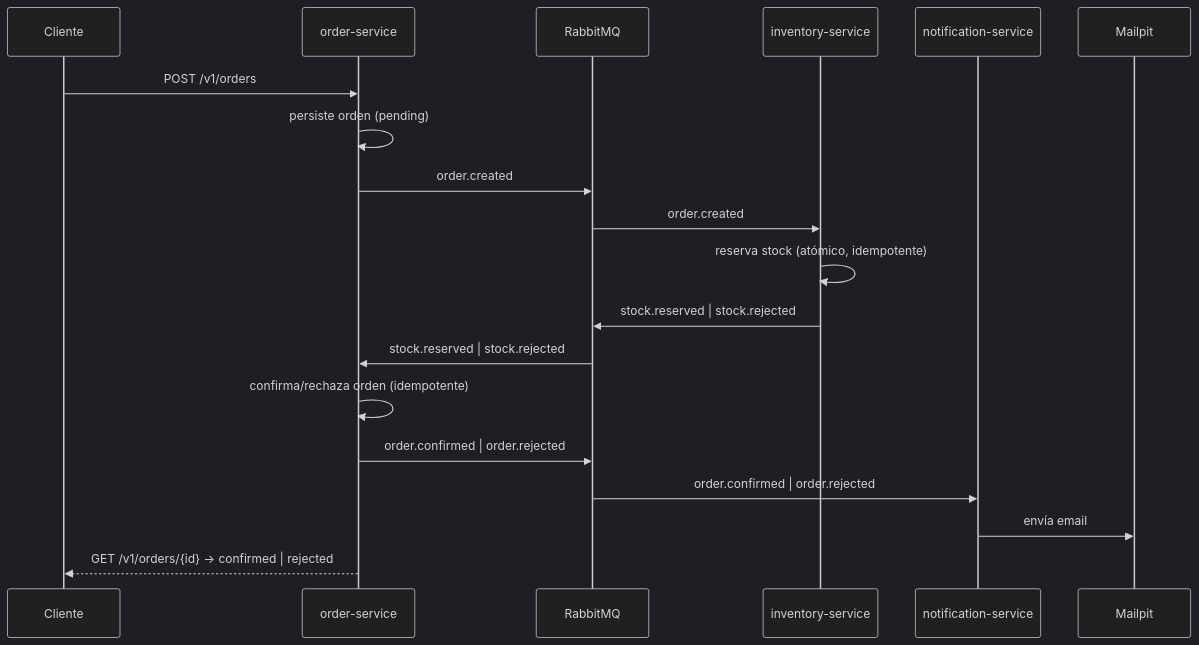
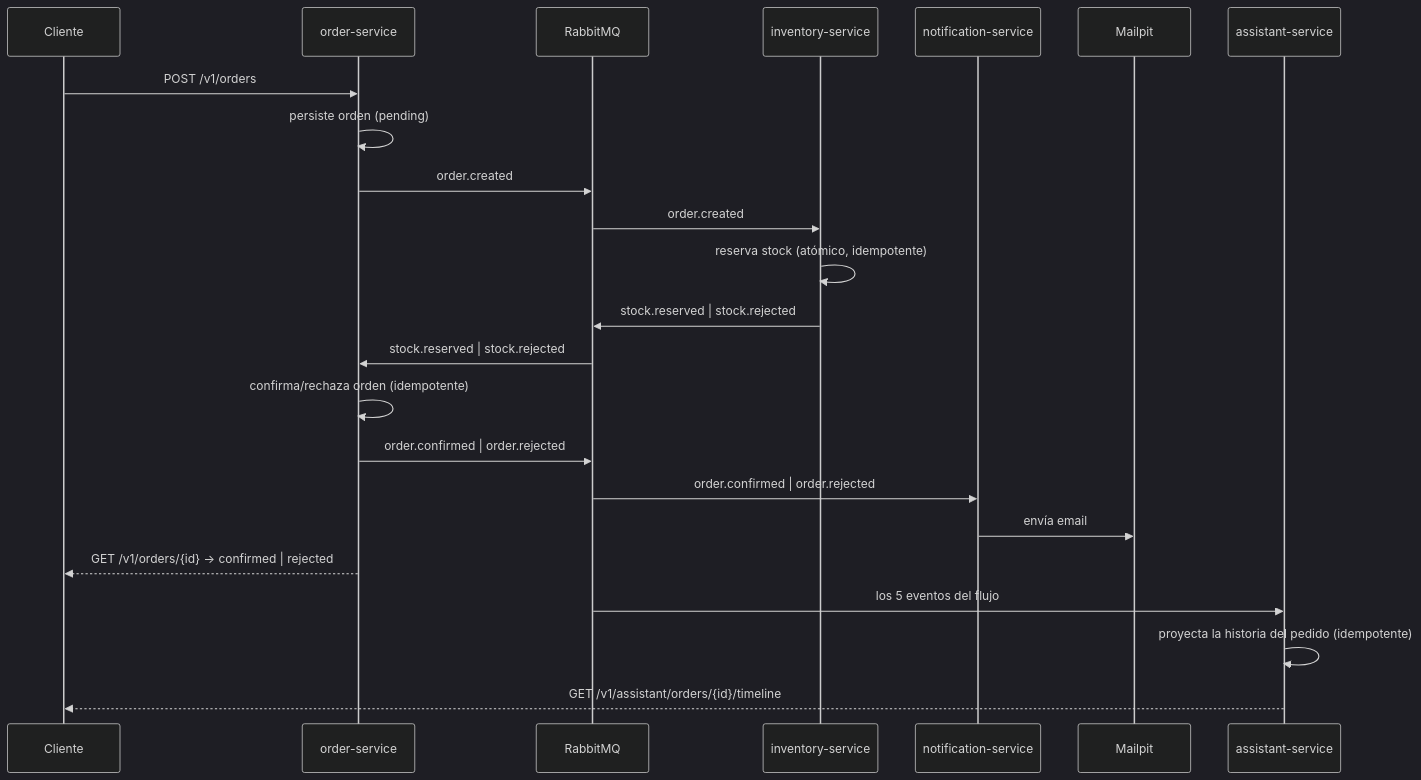
One commit to MauriDev94/event-driven-orders changed the diagram in README.md. Above: the diagram before and after it, drawn with Mermaid (dark theme). The commit also changed other lines of this file and 3 other files, not shown here.

Commit message:
docs(assistant): README, CLAUDE.md, roadmap y plan con las fases A y B

````diff
--- a/README.md
+++ b/README.md
@@ -35,22 +41,26 @@
 ```mermaid
 sequenceDiagram
     participant C as Cliente
     participant O as order-service
     participant Q as RabbitMQ
     participant I as inventory-service
     participant N as notification-service
     participant M as Mailpit
+    participant A as assistant-service
 
     C->>O: POST /v1/orders
     O->>O: persiste orden (pending)
     O->>Q: order.created
     Q->>I: order.created
     I->>I: reserva stock (atómico, idempotente)
     I->>Q: stock.reserved | stock.rejected
     Q->>O: stock.reserved | stock.rejected
     O->>O: confirma/rechaza orden (idempotente)
     O->>Q: order.confirmed | order.rejected
     Q->>N: order.confirmed | order.rejected
     N->>M: envía email
     O-->>C: GET /v1/orders/{id} -> confirmed | rejected
+    Q->>A: los 5 eventos del flujo
+    A->>A: proyecta la historia del pedido (idempotente)
+    A-->>C: GET /v1/assistant/orders/{id}/timeline
 ```
````
